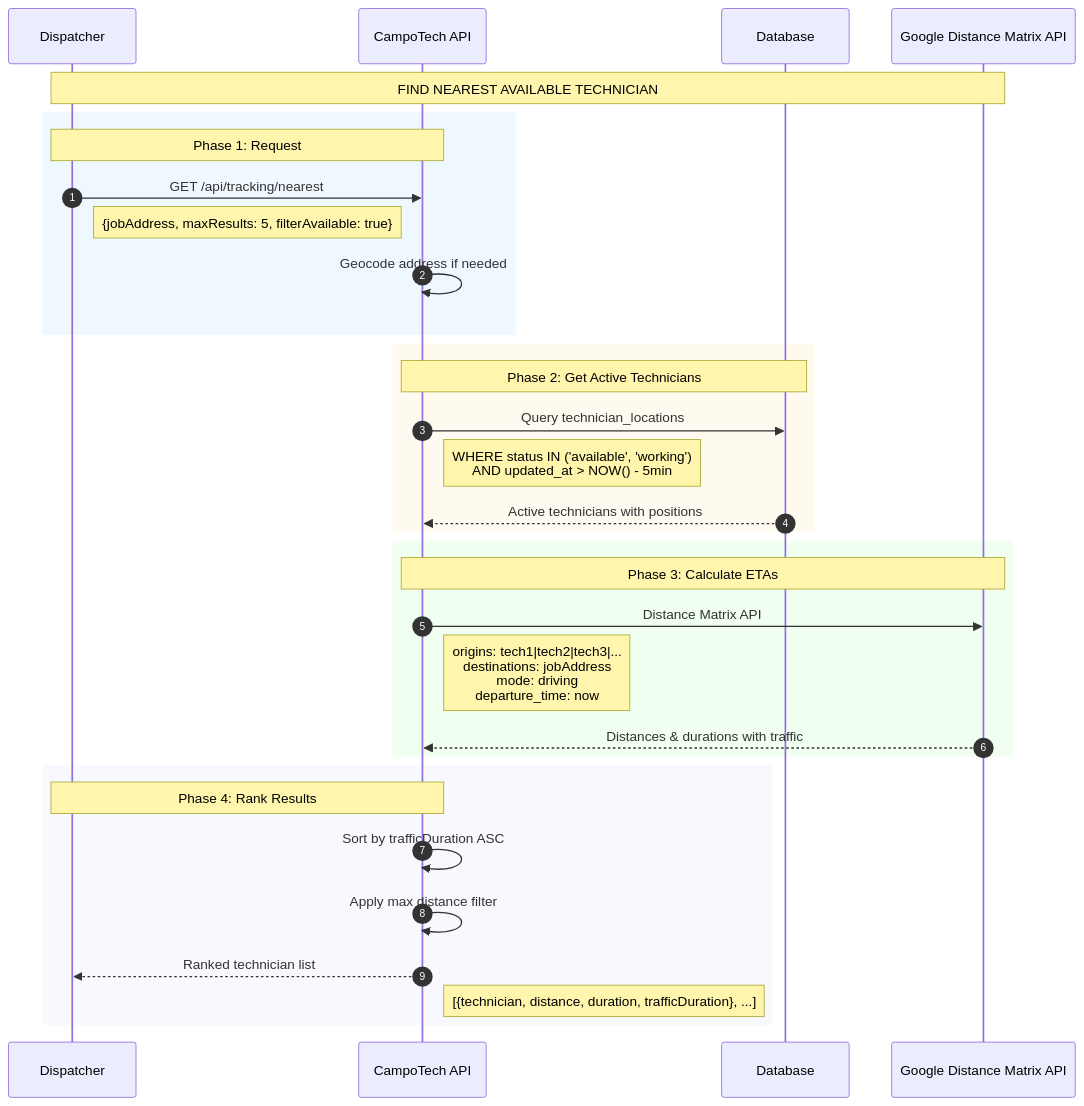
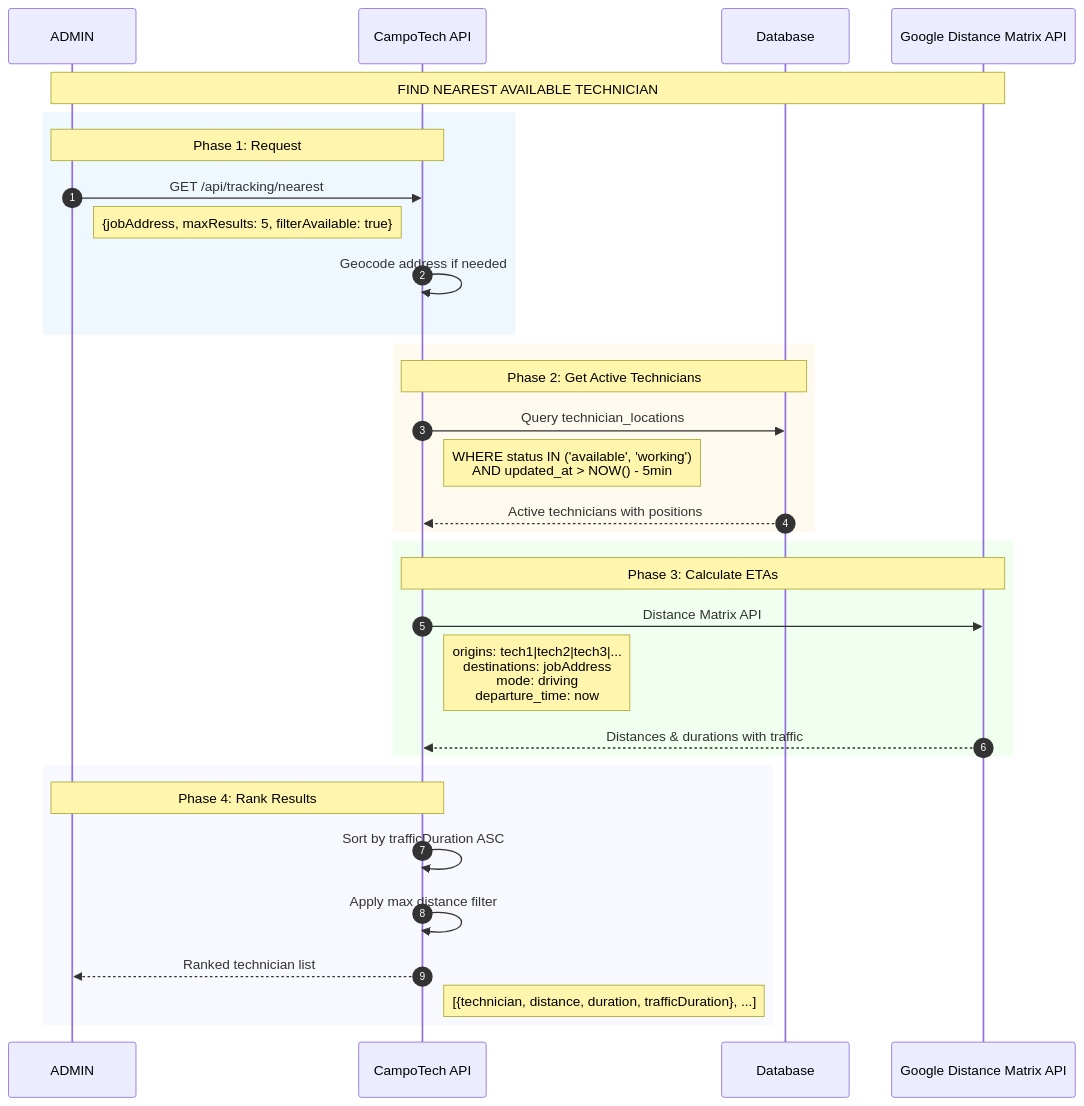
One commit to leftonspace/CampoTech changed diagram 14 of 19 in architecture/campotech-end-to-end-flows.md. Above: the diagram before and after it, drawn with Mermaid. The commit also changed other lines of this file and 146 other files, not shown here.

Commit message:
feat: Establish foundational application structure, implement core features and APIs across web, mobile, and admin, and add comprehensive documentation, architecture, and testing.

````diff
--- a/architecture/campotech-end-to-end-flows.md
+++ b/architecture/campotech-end-to-end-flows.md
@@ -2598,51 +2598,51 @@
 ```mermaid
 sequenceDiagram
     autonumber
 
-    participant User as Dispatcher
+    participant User as ADMIN
     participant API as CampoTech API
     participant DB as Database
     participant Google as Google Distance Matrix API
 
     Note over User,Google: FIND NEAREST AVAILABLE TECHNICIAN
 
     %% User initiates search
     rect rgb(240, 248, 255)
         Note over User,API: Phase 1: Request
 
         User->>API: GET /api/tracking/nearest
         Note right of User: {jobAddress, maxResults: 5, filterAvailable: true}
 
         API->>API: Geocode address if needed
     end
 
     %% Get technician locations
     rect rgb(255, 250, 240)
         Note over API,DB: Phase 2: Get Active Technicians
 
         API->>DB: Query technician_locations
         Note right of API: WHERE status IN ('available', 'working')<br/>AND updated_at > NOW() - 5min
 
         DB-->>API: Active technicians with positions
     end
 
     %% Call Distance Matrix
     rect rgb(240, 255, 240)
         Note over API,Google: Phase 3: Calculate ETAs
 
         API->>Google: Distance Matrix API
         Note right of API: origins: tech1|tech2|tech3|...<br/>destinations: jobAddress<br/>mode: driving<br/>departure_time: now
 
         Google-->>API: Distances & durations with traffic
     end
 
     %% Rank and return
     rect rgb(248, 248, 255)
         Note over API,User: Phase 4: Rank Results
 
         API->>API: Sort by trafficDuration ASC
         API->>API: Apply max distance filter
         API-->>User: Ranked technician list
         Note right of API: [{technician, distance, duration, trafficDuration}, ...]
     end
 ```
````
